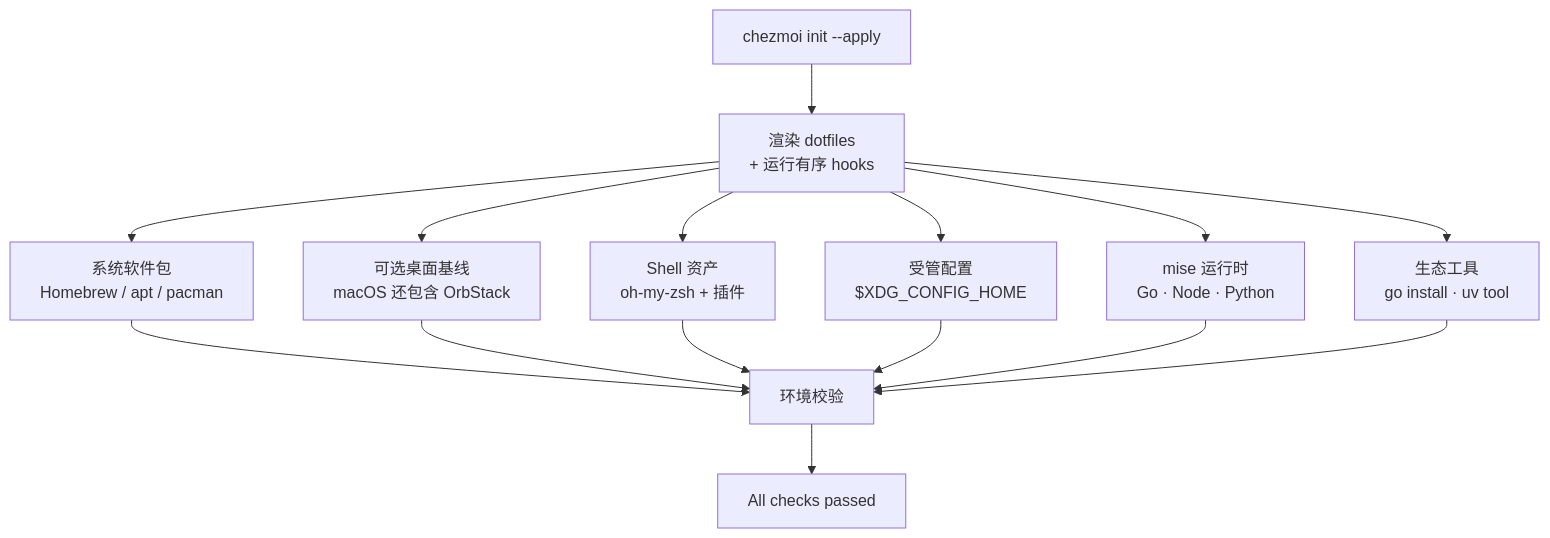
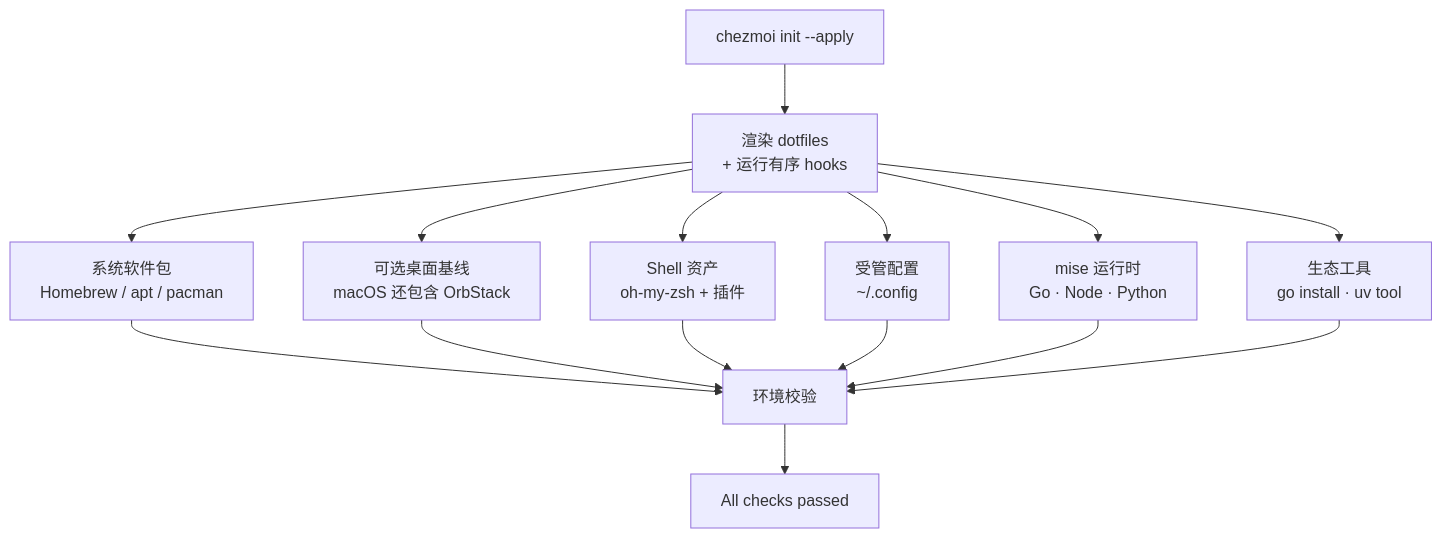
Before and after one commit to kangmingxuan/oh-my-devenv: the diagram in README.zh.md, drawn with Mermaid. The commit also changed other lines of this file and 36 other files, not shown here.

First line of the commit message:
refactor!: manage XDG config with the main chezmoi source (#59)

````diff
--- a/README.zh.md
+++ b/README.zh.md
@@ -28,17 +28,17 @@
 ```mermaid
 flowchart TD
     A["chezmoi init --apply"] --> B["渲染 dotfiles<br/>+ 运行有序 hooks"]
     B --> C["系统软件包<br/>Homebrew / apt / pacman"]
     B --> D["可选桌面基线<br/>macOS 还包含 OrbStack"]
     B --> E["Shell 资产<br/>oh-my-zsh + 插件"]
-    B --> X["受管配置<br/>$XDG_CONFIG_HOME"]
+    B --> X["受管配置<br/>~/.config"]
     B --> F["mise 运行时<br/>Go · Node · Python"]
     B --> G["生态工具<br/>go install · uv tool"]
     C --> H["环境校验"]
     D --> H
     E --> H
     X --> H
     F --> H
     G --> H
     H --> I["All checks passed"]
 ```
````
